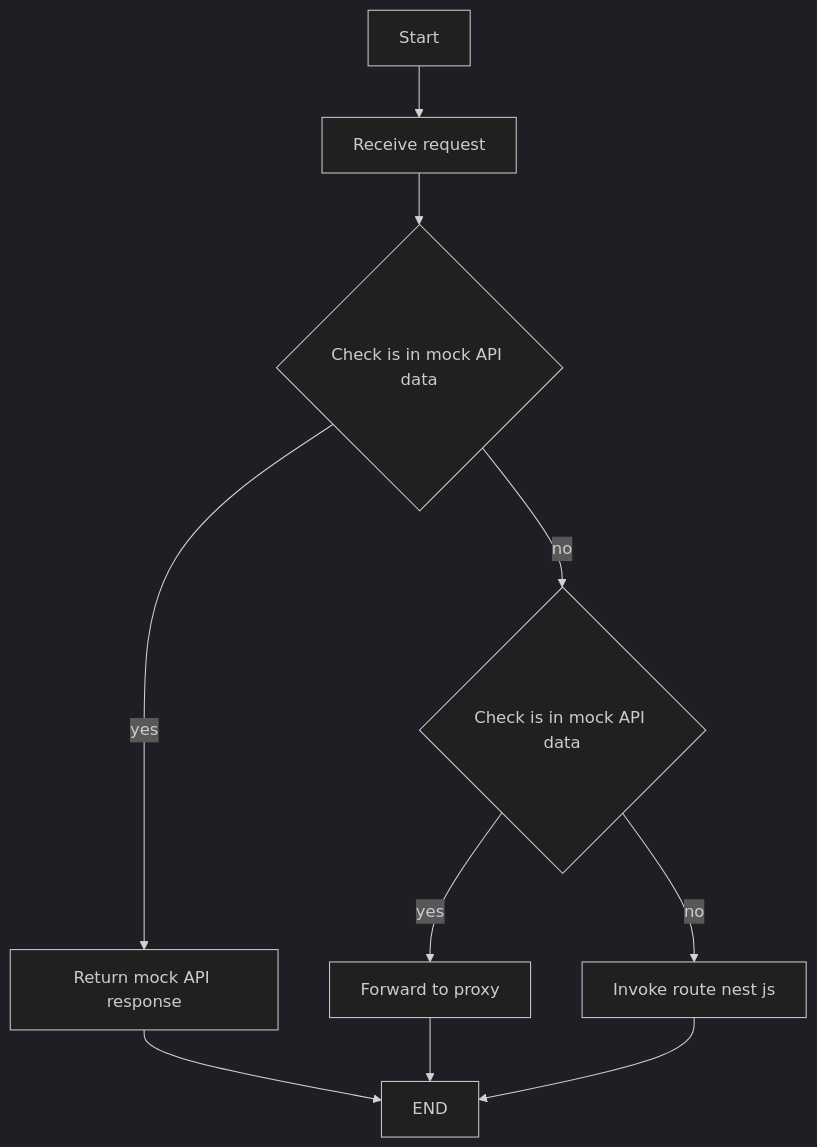
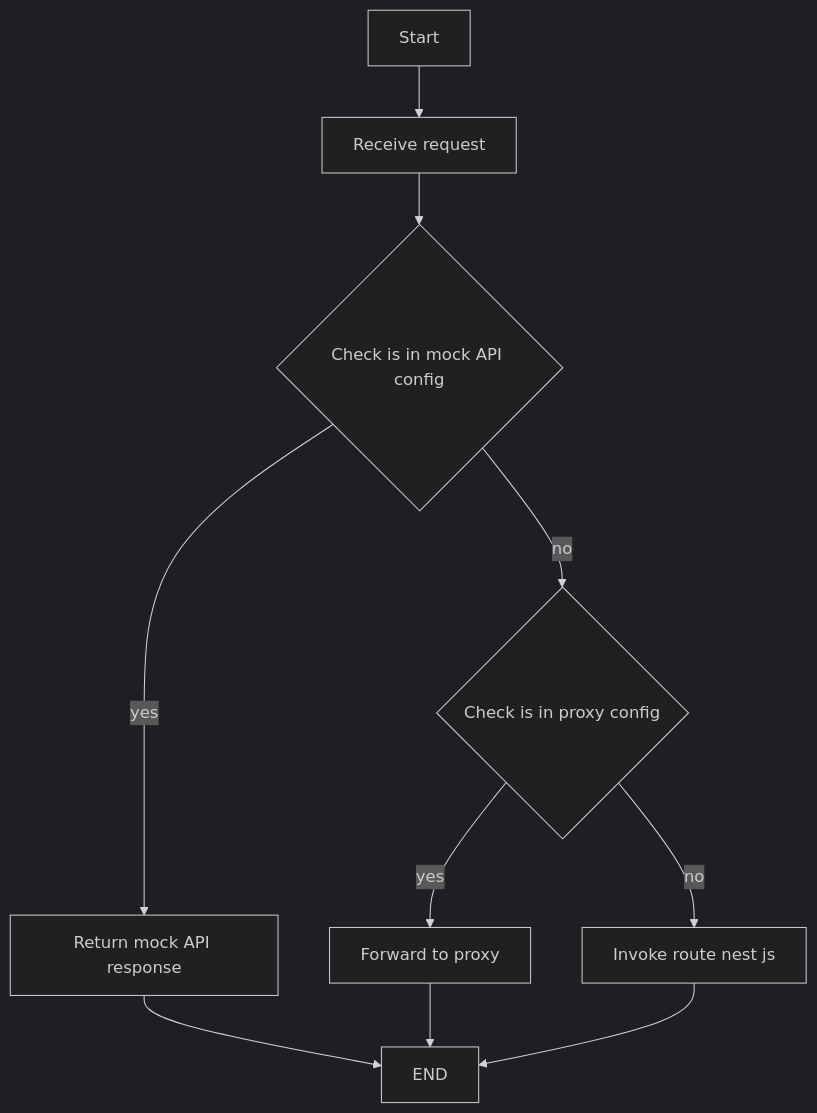
The diagram in README.md (larb26656/portal-proxy), drawn with Mermaid (dark theme) before and after one commit.

Commit message:
Feat (update readme)

````diff
--- a/README.md
+++ b/README.md
@@ -26,13 +26,13 @@
 ```mermaid
 flowchart TD
   Start --> revceiveReq[Receive request]
-	revceiveReq --> checkInMockAPI{Check is in mock API data}
+	revceiveReq --> checkInMockAPI{Check is in mock API config}
 	checkInMockAPI -- yes --> returnMock[Return mock API response]
 	returnMock --> END
-	checkInMockAPI -- no --> checkInProxy{Check is in mock API data}
+	checkInMockAPI -- no --> checkInProxy{Check is in proxy config}
 	checkInProxy -- yes --> forwardToProxy[Forward to proxy]
 	forwardToProxy --> END
 	checkInProxy -- no --> invokeRouteInNestJs[Invoke route nest js]
 	invokeRouteInNestJs --> END
 	
 ```
````
